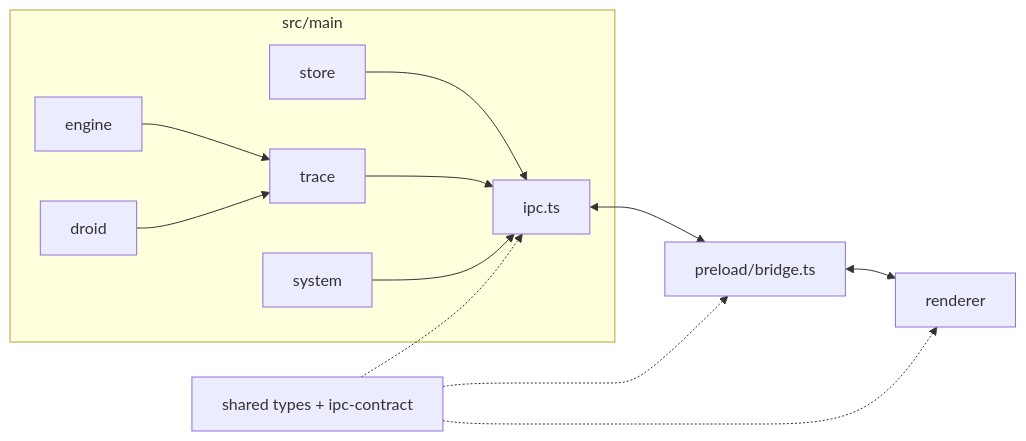
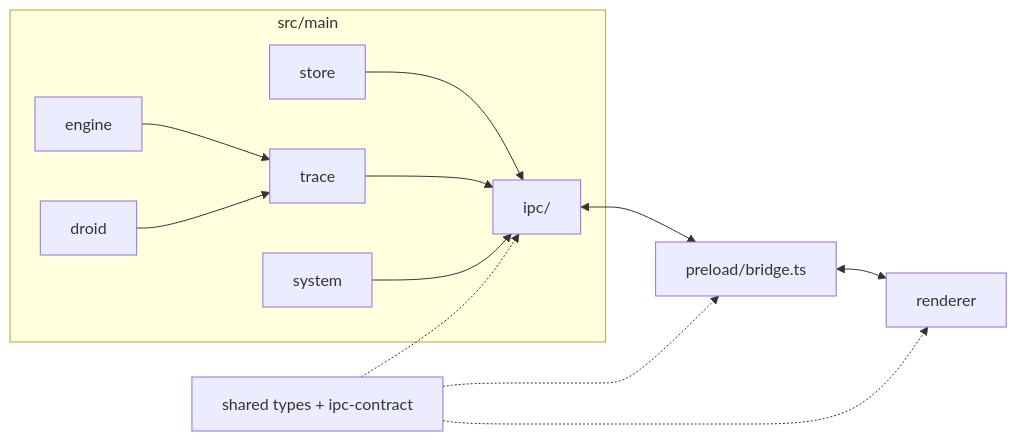
The diagram in wiki/systems/index.md (nikships/foundry), drawn with Mermaid before and after one commit. The commit also changed other lines of this file and 18 other files, not shown here.

````diff
--- a/wiki/systems/index.md
+++ b/wiki/systems/index.md
@@ -13,24 +13,24 @@
 ```mermaid
 graph LR
   subgraph Main["src/main"]
     Engine[engine]
     Droid[droid]
     Trace[trace]
     Store[store]
     System[system]
-    IPC[ipc.ts]
+    IPC[ipc/]
   end
   Preload[preload/bridge.ts]
   Renderer[renderer]
   Shared[shared types + ipc-contract]
   Engine --> Trace
   Droid --> Trace
   Store --> IPC
   Trace --> IPC
   System --> IPC
   IPC <--> Preload
   Preload <--> Renderer
   Shared -.-> IPC
   Shared -.-> Preload
   Shared -.-> Renderer
 ```
````
